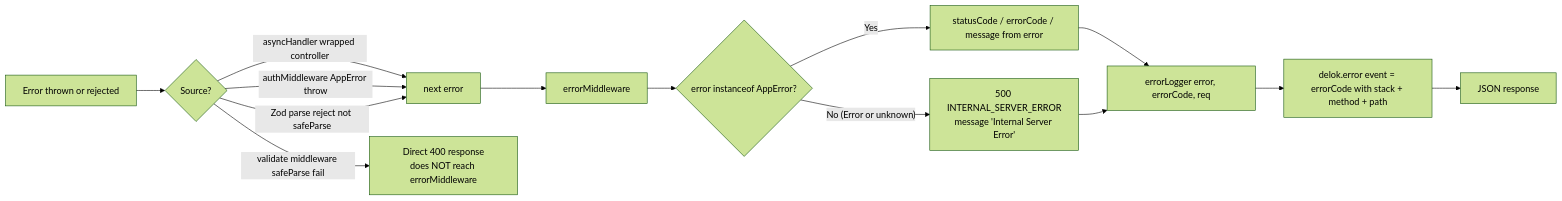
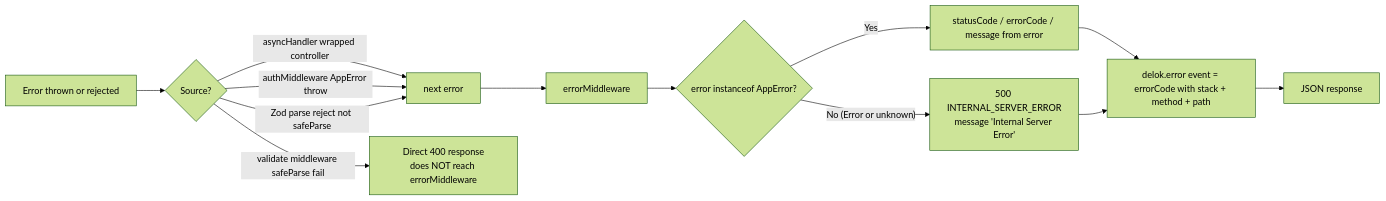
Before and after one commit to delok-dev/delok: the diagram in backend/docs/backend/error-handling.md, drawn with Mermaid (forest theme). The commit also changed other lines of this file and 34 other files, not shown here.

````diff
--- a/backend/docs/backend/error-handling.md
+++ b/backend/docs/backend/error-handling.md
@@ -71,16 +78,15 @@
 ```mermaid
 flowchart LR
     A[Error thrown or rejected] --> B{Source?}
     B -->|asyncHandler wrapped controller| C[next error]
     B -->|authMiddleware AppError throw| C
     B -->|Zod parse reject not safeParse| C
     B -->|validate middleware safeParse fail| D[Direct 400 response<br/>does NOT reach errorMiddleware]
     C --> E[errorMiddleware]
     E --> F{error instanceof AppError?}
     F -- Yes --> G[statusCode / errorCode / message from error]
     F -- No (Error or unknown) --> H[500 INTERNAL_SERVER_ERROR<br/>message 'Internal Server Error']
-    G --> I[errorLogger error, errorCode, req]
+    G --> I[delok.error event = errorCode with stack + method + path]
     H --> I
-    I --> J[delok.error event = errorCode with stack + method + path]
-    J --> K[JSON response]
+    I --> J[JSON response]
 ```
````
